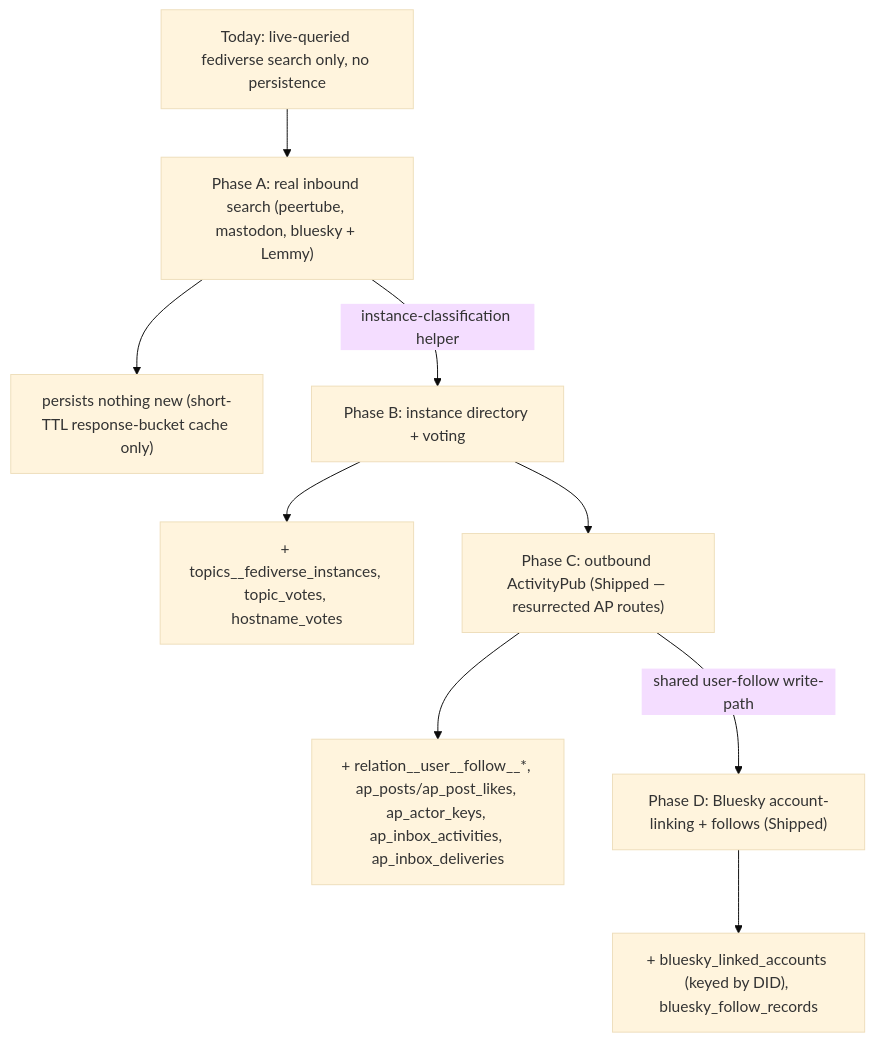
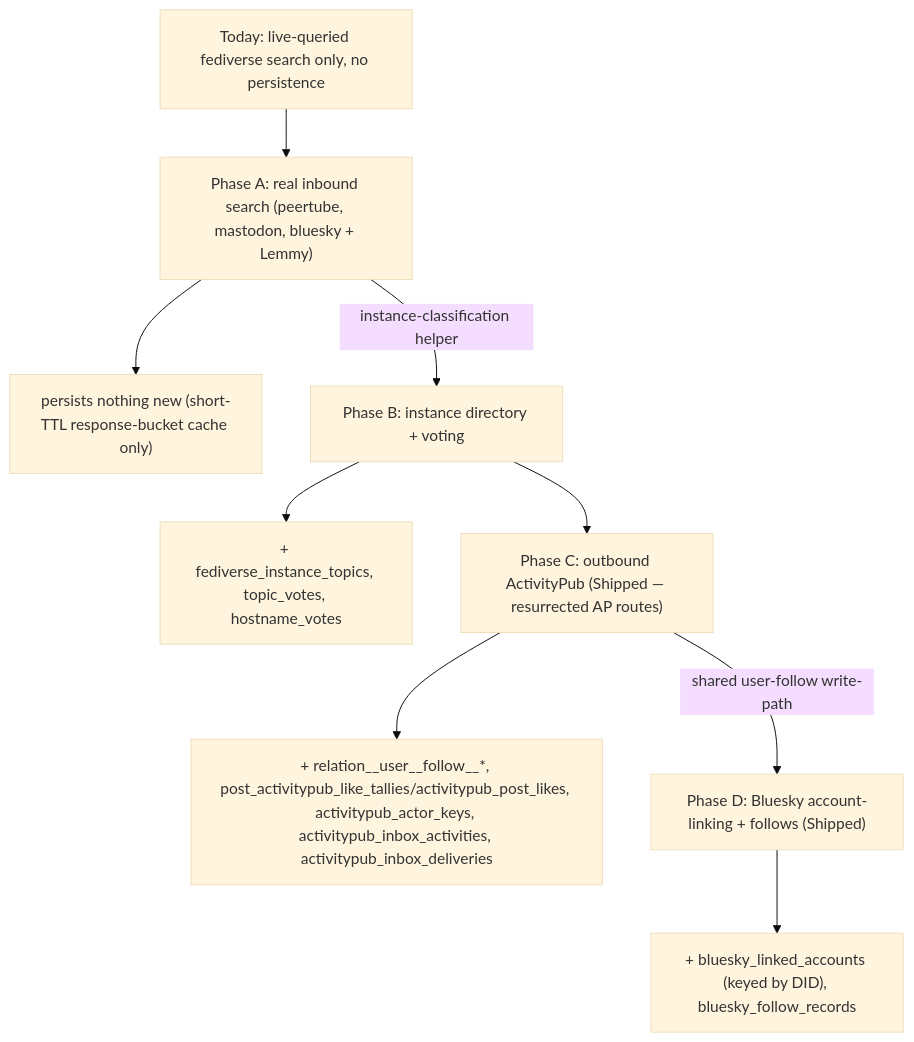
Before and after one commit to vouchington/vouchington: the diagram in docs/overview/architecture/reference-fediverse-federation-protocol-reality.md, drawn with Mermaid (base theme). The commit also changed other lines of this file and 388 other files, not shown here.

````diff
--- a/docs/overview/architecture/reference-fediverse-federation-protocol-reality.md
+++ b/docs/overview/architecture/reference-fediverse-federation-protocol-reality.md
@@ -42,11 +42,11 @@
 ```mermaid
 flowchart TD
     Now["Today: live-queried fediverse search only, no persistence"] --> A["Phase A: real inbound search (peertube, mastodon, bluesky + Lemmy)"]
     A --> AP["persists nothing new (short-TTL response-bucket cache only)"]
     A -- "instance-classification helper" --> B["Phase B: instance directory + voting"]
-    B --> BP["+ topics__fediverse_instances, topic_votes, hostname_votes"]
+    B --> BP["+ fediverse_instance_topics, topic_votes, hostname_votes"]
     B --> C["Phase C: outbound ActivityPub (Shipped — resurrected AP routes)"]
-    C --> CP["+ relation__user__follow__*, ap_posts/ap_post_likes, ap_actor_keys, ap_inbox_activities, ap_inbox_deliveries"]
+    C --> CP["+ relation__user__follow__*, post_activitypub_like_tallies/activitypub_post_likes, activitypub_actor_keys, activitypub_inbox_activities, activitypub_inbox_deliveries"]
     C -- "shared user-follow write-path" --> D["Phase D: Bluesky account-linking + follows (Shipped)"]
     D --> DP["+ bluesky_linked_accounts (keyed by DID), bluesky_follow_records"]
 ```
````
